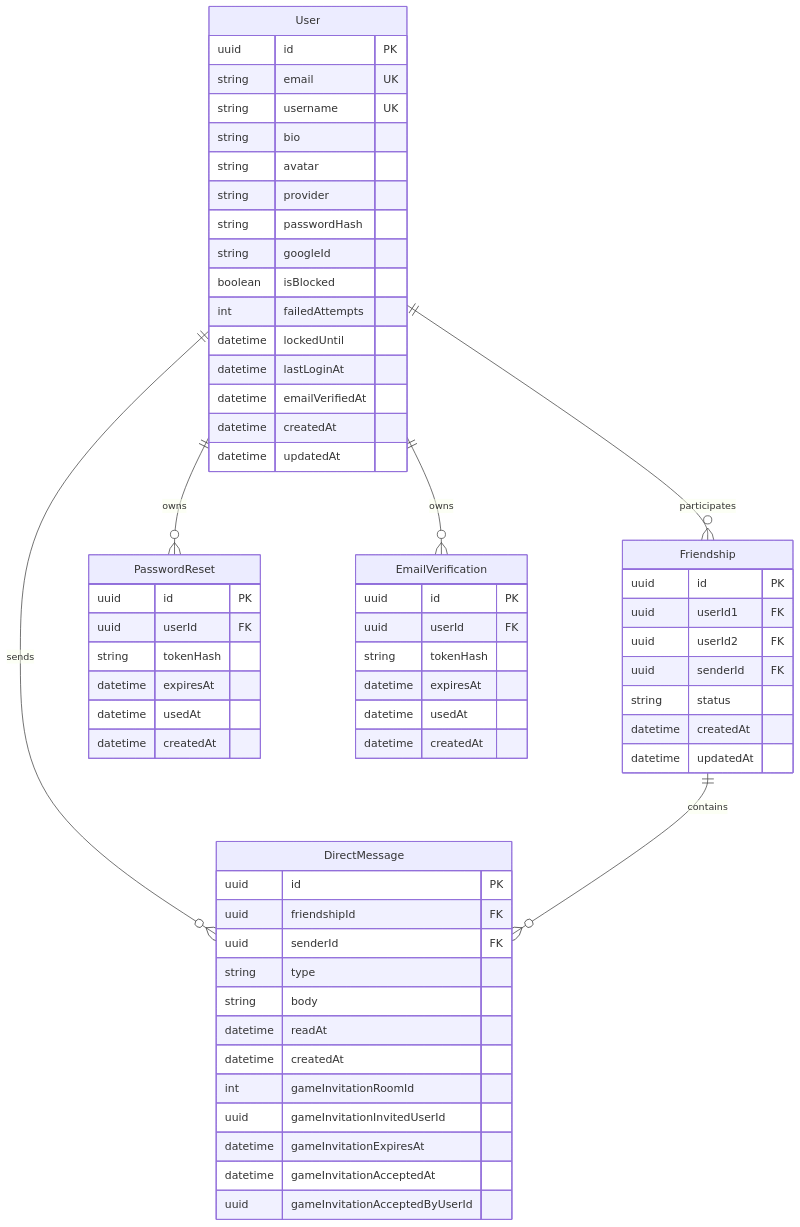
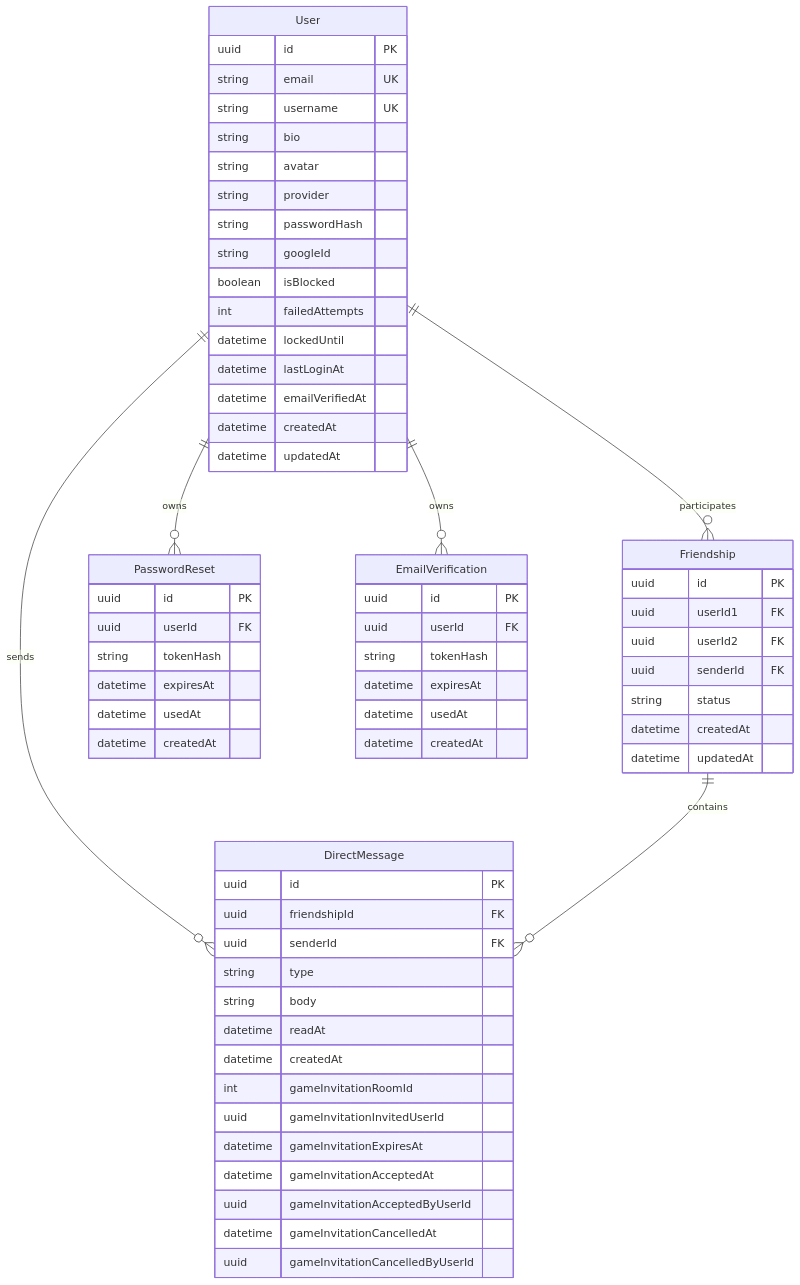
The second of 2 diagrams in README.md (42-BCN/Transcendence), drawn with Mermaid before and after one commit. The commit also changed other lines of this file and 27 other files, not shown here.

````diff
--- a/README.md
+++ b/README.md
@@ -195,69 +195,71 @@
 ```mermaid
 erDiagram
     User ||--o{ Friendship : "participates"
     User ||--o{ PasswordReset : "owns"
     User ||--o{ EmailVerification : "owns"
     User ||--o{ DirectMessage : "sends"
     Friendship ||--o{ DirectMessage : "contains"
 
     User {
       uuid id PK
       string email UK
       string username UK
       string bio
       string avatar
       string provider
       string passwordHash
       string googleId
       boolean isBlocked
       int failedAttempts
       datetime lockedUntil
       datetime lastLoginAt
       datetime emailVerifiedAt
       datetime createdAt
       datetime updatedAt
     }
 
     Friendship {
       uuid id PK
       uuid userId1 FK
       uuid userId2 FK
       uuid senderId FK
       string status
       datetime createdAt
       datetime updatedAt
     }
 
     DirectMessage {
       uuid id PK
       uuid friendshipId FK
       uuid senderId FK
       string type
       string body
       datetime readAt
       datetime createdAt
       int gameInvitationRoomId
       uuid gameInvitationInvitedUserId
       datetime gameInvitationExpiresAt
       datetime gameInvitationAcceptedAt
       uuid gameInvitationAcceptedByUserId
+      datetime gameInvitationCancelledAt
+      uuid gameInvitationCancelledByUserId
     }
 
     PasswordReset {
       uuid id PK
       uuid userId FK
       string tokenHash
       datetime expiresAt
       datetime usedAt
       datetime createdAt
     }
 
     EmailVerification {
       uuid id PK
       uuid userId FK
       string tokenHash
       datetime expiresAt
       datetime usedAt
       datetime createdAt
     }
 ```
````
